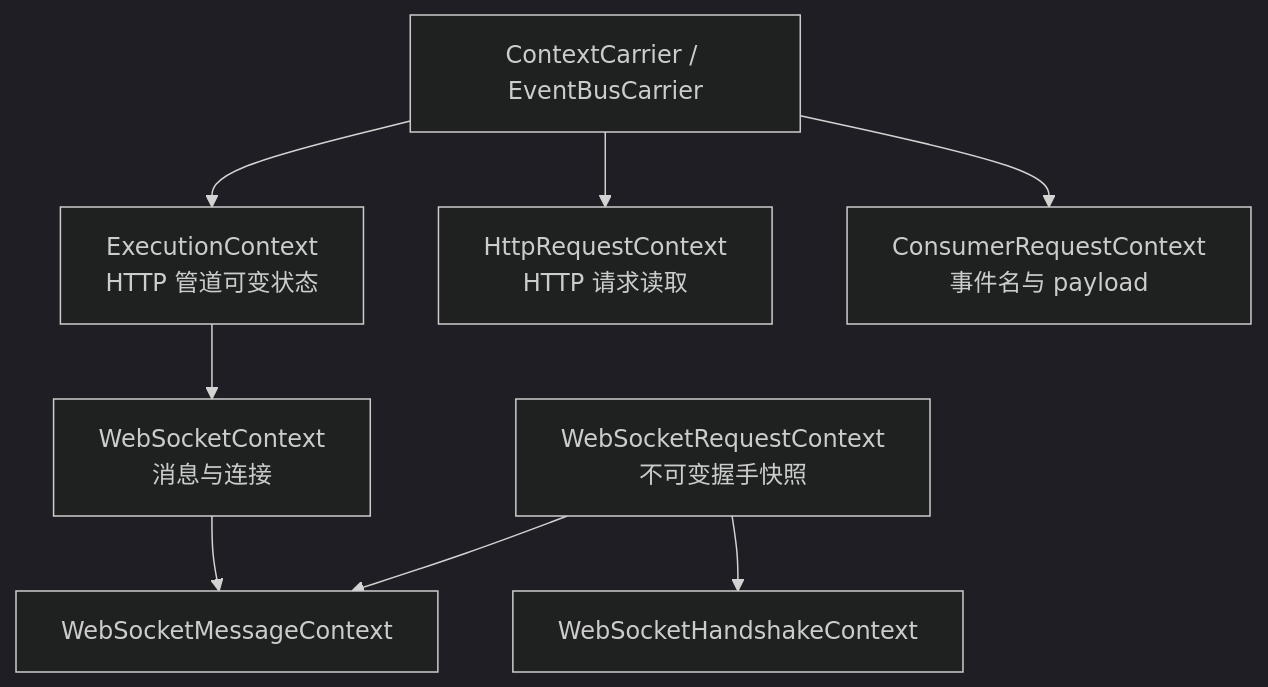
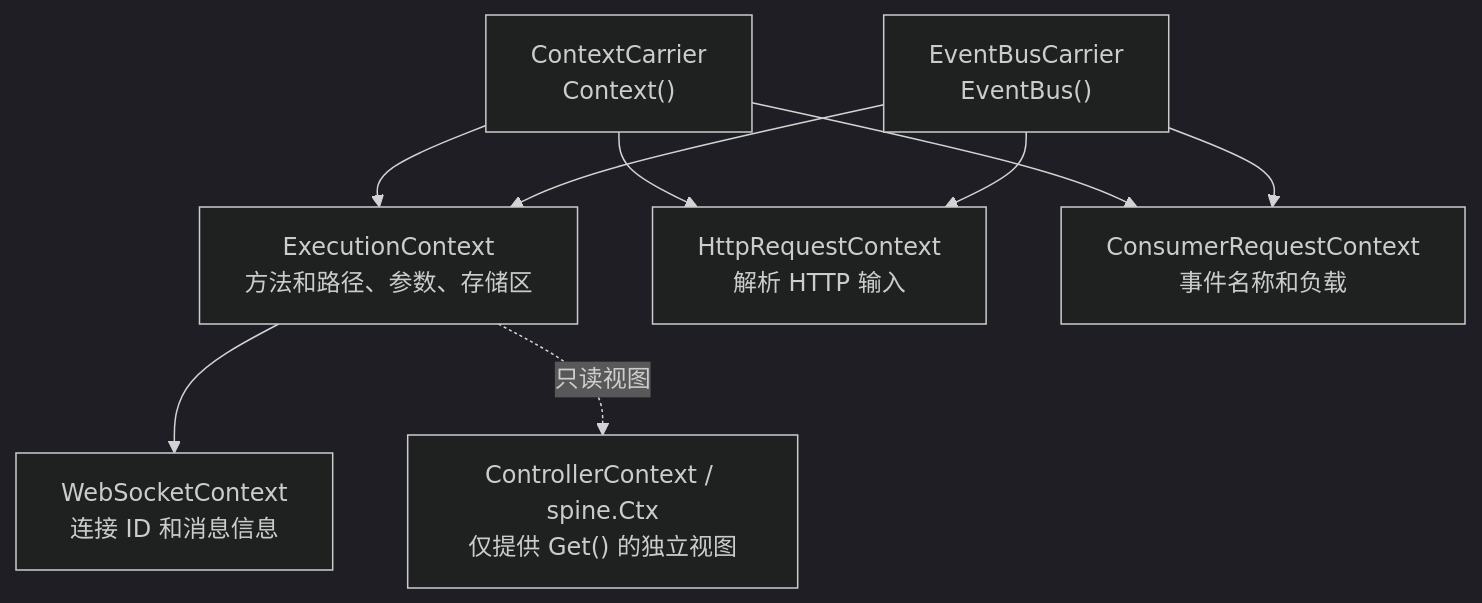
One commit to NARUBROWN/spine-site changed the diagram in docs/zh-Hans/learn/core-concepts/execution-context.md. Above: the diagram before and after it, drawn with Mermaid (dark theme). The commit also changed other lines of this file and 158 other files, not shown here.

````diff
--- a/docs/zh-Hans/learn/core-concepts/execution-context.md
+++ b/docs/zh-Hans/learn/core-concepts/execution-context.md
@@ -5,18 +31,19 @@
 ```mermaid
 graph TD
-    Carrier["ContextCarrier / EventBusCarrier"]
-    Exec["ExecutionContext\nHTTP 管道可变状态"]
-    HTTP["HttpRequestContext\nHTTP 请求读取"]
-    Consumer["ConsumerRequestContext\n事件名与 payload"]
-    WS["WebSocketContext\n消息与连接"]
-    WSReq["WebSocketRequestContext\n不可变握手快照"]
-    Handshake["WebSocketHandshakeContext"]
-    Message["WebSocketMessageContext"]
-    Carrier --> Exec
-    Carrier --> HTTP
-    Carrier --> Consumer
-    Exec --> WS
-    WSReq --> Handshake
-    WS --> Message
-    WSReq --> Message
+    Base["ContextCarrier<br>Context()"]
+    Bus["EventBusCarrier<br>EventBus()"]
+    Execution["ExecutionContext<br>方法和路径、参数、存储区"]
+    HTTP["HttpRequestContext<br>解析 HTTP 输入"]
+    Consumer["ConsumerRequestContext<br>事件名称和负载"]
+    WS["WebSocketContext<br>连接 ID 和消息信息"]
+    View["ControllerContext / spine.Ctx<br>仅提供 Get() 的独立视图"]
+
+    Base --> Execution
+    Bus --> Execution
+    Base --> HTTP
+    Bus --> HTTP
+    Base --> Consumer
+    Bus --> Consumer
+    Execution --> WS
+    Execution -. 只读视图 .-> View
 ```
````
